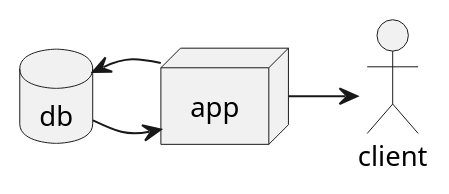
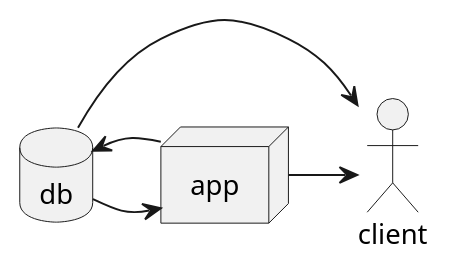
One commit to gematik/spec-TemplateForSimplifierProjects changed the diagram in Material/imgsrc/plantuml/noName_Test.puml. Above: the diagram before and after it, drawn with PlantUML.

```diff
--- a/Material/imgsrc/plantuml/noName_Test.puml
+++ b/Material/imgsrc/plantuml/noName_Test.puml
@@ -1,9 +1,10 @@
-@startuml
+@startuml AmNaechstenMorgen
 actor client
 node app
 database db
 
 db -> app
 app -> client
 app -> db
+db -> client
 @enduml
```
